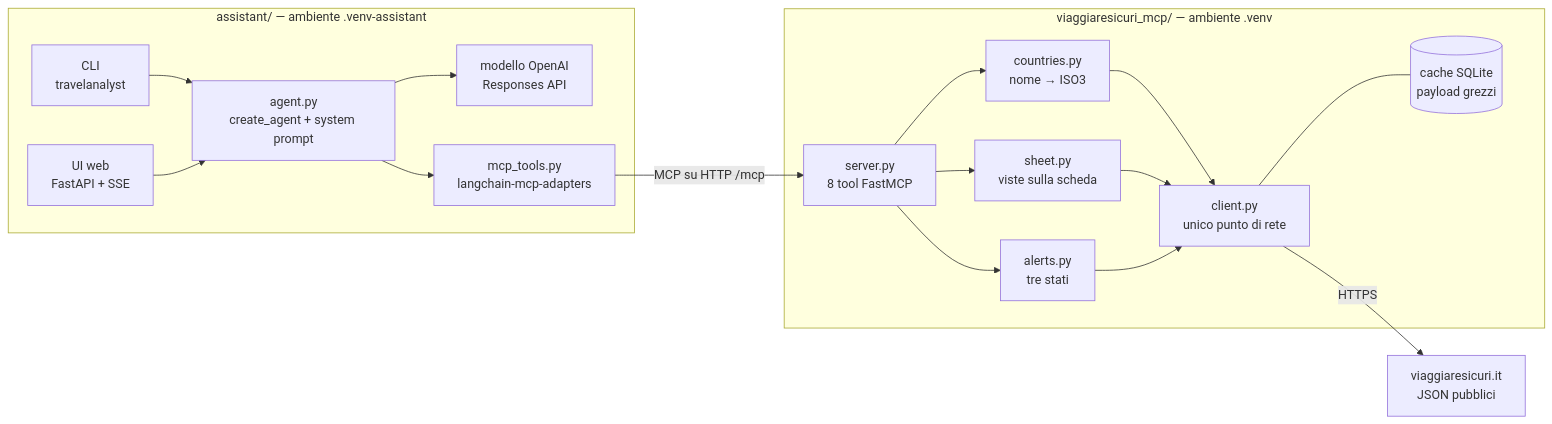
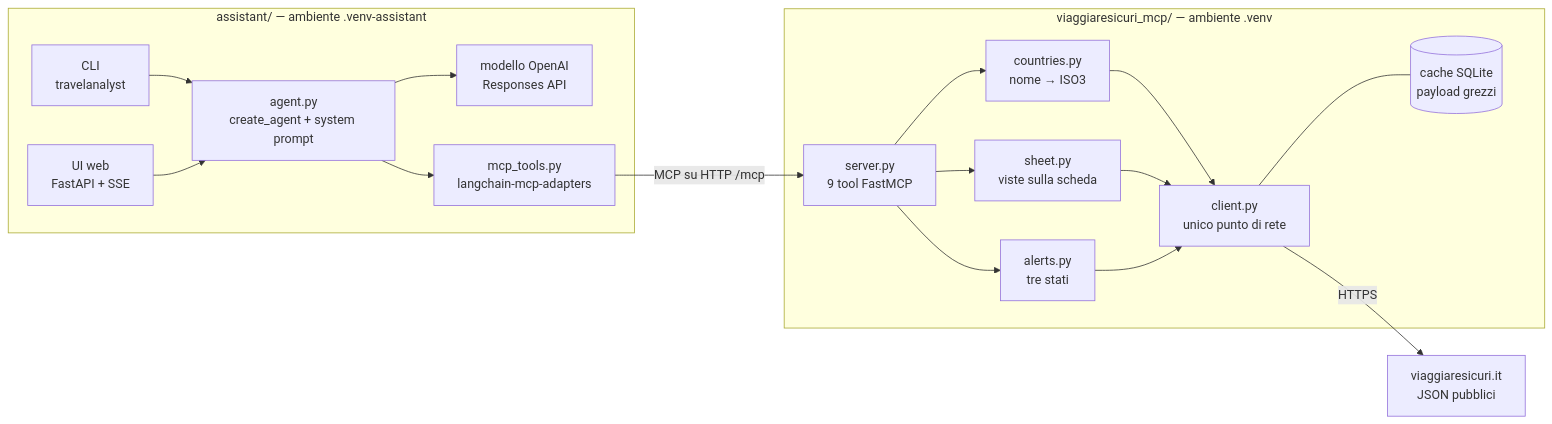
The first of 2 diagrams in README.md (lorispalmarin/travelanalyst), drawn with Mermaid before and after one commit. The commit also changed other lines of this file and 13 other files, not shown here.

````diff
--- a/README.md
+++ b/README.md
@@ -6,19 +10,19 @@
 ```mermaid
 flowchart LR
     subgraph assistente["assistant/ — ambiente .venv-assistant"]
         CLI["CLI<br/>travelanalyst"] --> AG
         WEB["UI web<br/>FastAPI + SSE"] --> AG
         AG["agent.py<br/>create_agent + system prompt"] --> LLM["modello OpenAI<br/>Responses API"]
         AG --> AD["mcp_tools.py<br/>langchain-mcp-adapters"]
     end
     AD -- "MCP su HTTP /mcp" --> SRV
     subgraph server["viaggiaresicuri_mcp/ — ambiente .venv"]
-        SRV["server.py<br/>8 tool FastMCP"] --> CO["countries.py<br/>nome → ISO3"]
+        SRV["server.py<br/>9 tool FastMCP"] --> CO["countries.py<br/>nome → ISO3"]
         SRV --> SH["sheet.py<br/>viste sulla scheda"]
         SRV --> AL["alerts.py<br/>tre stati"]
         CO & SH & AL --> CL["client.py<br/>unico punto di rete"]
         CL --- CA[("cache SQLite<br/>payload grezzi")]
     end
 
     CL -- HTTPS --> VS["viaggiaresicuri.it<br/>JSON pubblici"]
 ```
````
